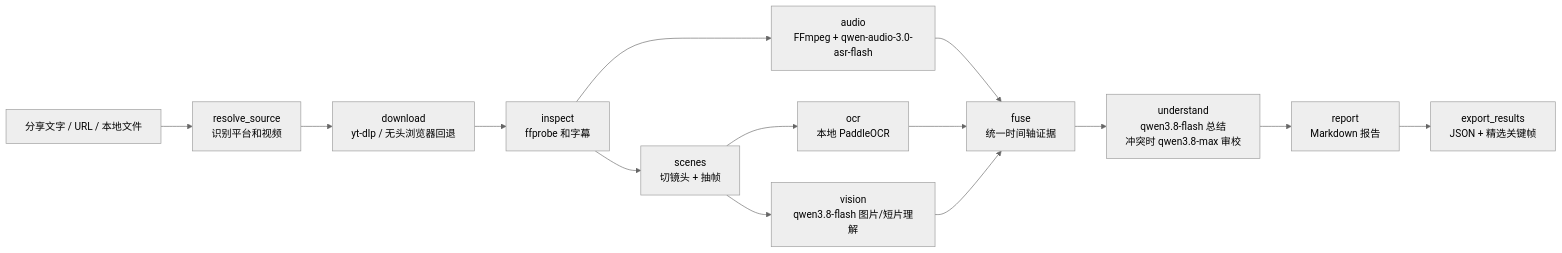
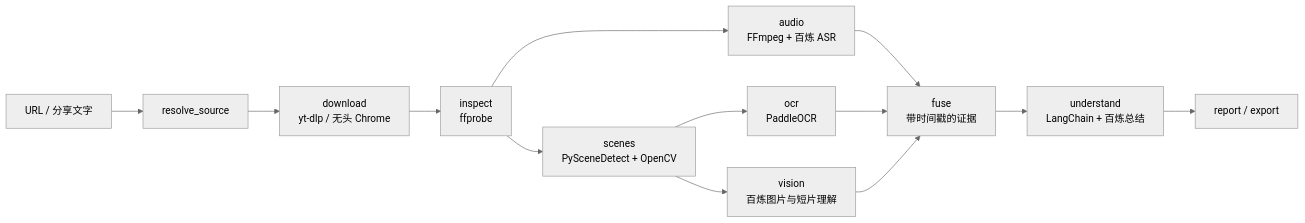
Before and after one commit to yiqi19940531/video-download-analysis: the second of 2 diagrams in README.md, drawn with Mermaid (neutral theme). The commit also changed other lines of this file and 35 other files, not shown here.

````diff
--- a/README.md
+++ b/README.md
@@ -45,16 +80,15 @@
 ```mermaid
 flowchart LR
-    I["分享文字 / URL / 本地文件"] --> R["resolve_source<br/>识别平台和视频"]
-    R --> D["download<br/>yt-dlp / 无头浏览器回退"]
-    D --> P["inspect<br/>ffprobe 和字幕"]
-    P --> A["audio<br/>FFmpeg + qwen-audio-3.0-asr-flash"]
-    P --> S["scenes<br/>切镜头 + 抽帧"]
-    S --> O["ocr<br/>本地 PaddleOCR"]
-    S --> V["vision<br/>qwen3.8-flash 图片/短片理解"]
-    A --> F["fuse<br/>统一时间轴证据"]
+    I[URL / 分享文字] --> R[resolve_source]
+    R --> D[download<br/>yt-dlp / 无头 Chrome]
+    D --> P[inspect<br/>ffprobe]
+    P --> A[audio<br/>FFmpeg + 百炼 ASR]
+    P --> S[scenes<br/>PySceneDetect + OpenCV]
+    S --> O[ocr<br/>PaddleOCR]
+    S --> V[vision<br/>百炼图片与短片理解]
+    A --> F[fuse<br/>带时间戳的证据]
     O --> F
     V --> F
-    F --> U["understand<br/>qwen3.8-flash 总结<br/>冲突时 qwen3.8-max 审校"]
-    U --> Q["report<br/>Markdown 报告"]
-    Q --> X["export_results<br/>JSON + 精选关键帧"]
+    F --> U[understand<br/>LangChain + 百炼总结]
+    U --> Q[report / export]
 ```
````
